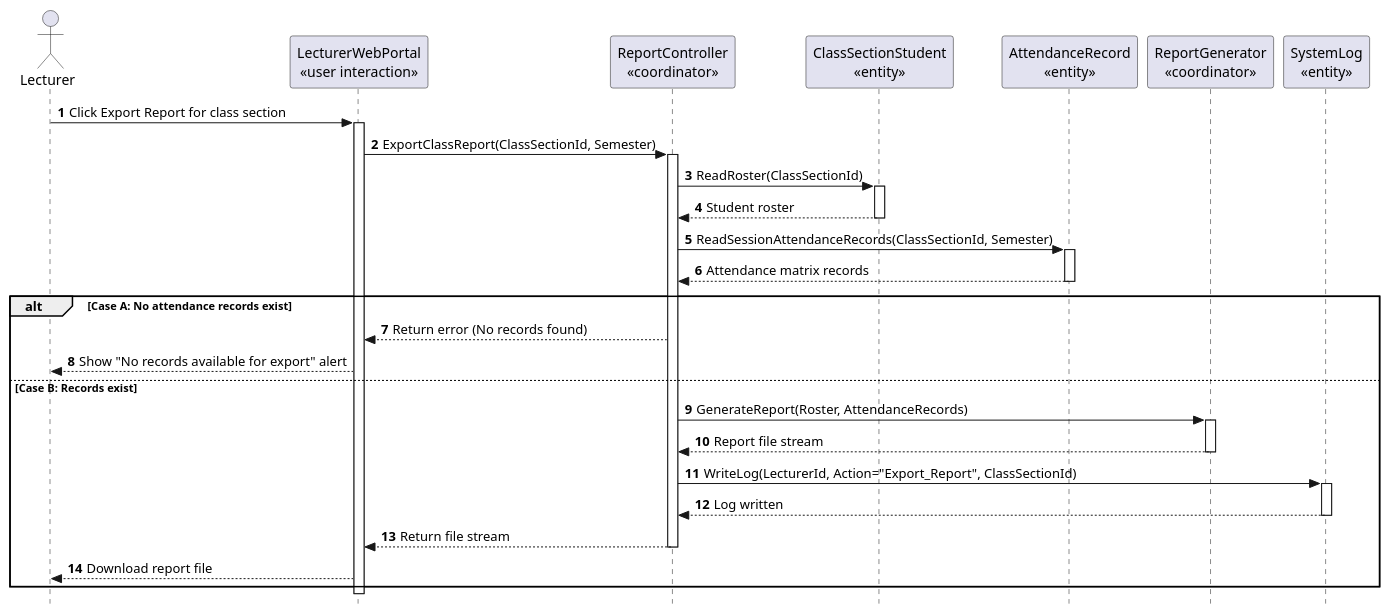
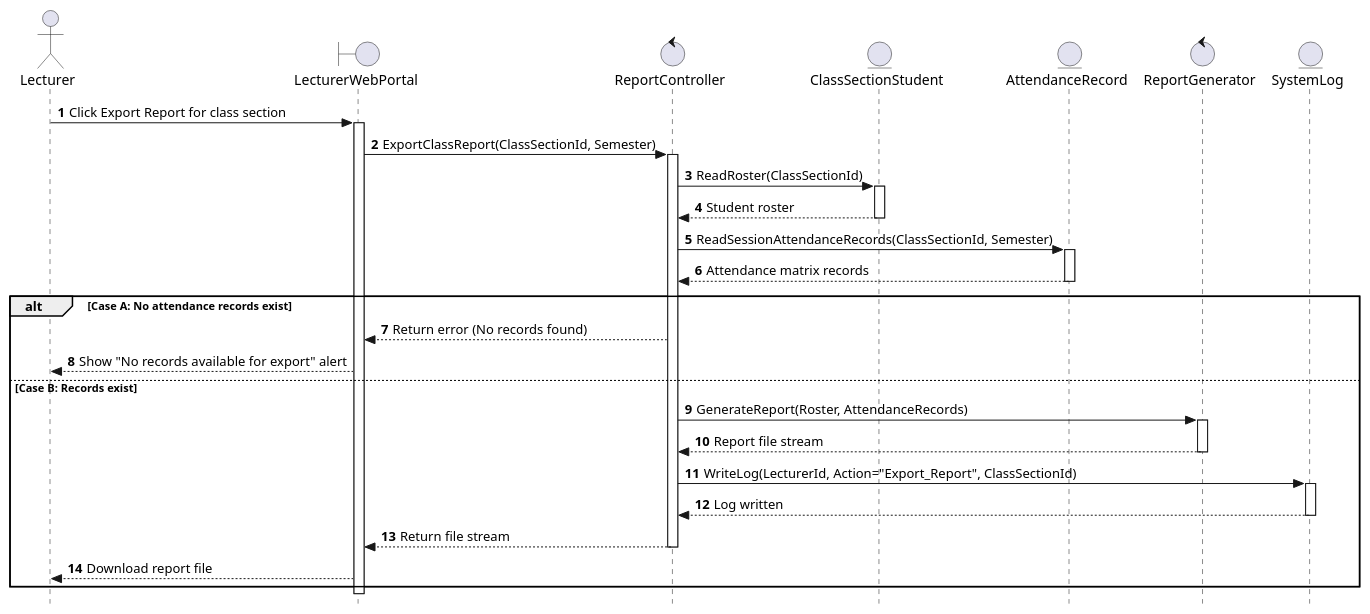
Before and after one commit to nttung42/SWD392: diagram 22 of 31 in MainDocs/AFAS_RDS_Document_Part1B_Analysis_models.md, drawn with PlantUML. The commit also changed other lines of this file, not shown here.

Commit message:
docs: refactor sequence diagrams to use strict UML/BCE and add message description tables

````diff
--- a/MainDocs/AFAS_RDS_Document_Part1B_Analysis_models.md
+++ b/MainDocs/AFAS_RDS_Document_Part1B_Analysis_models.md
@@ -1069,45 +1263,45 @@
 ```plantuml
 @startuml
+skinparam style strictuml
 autonumber
-skinparam style strictuml
 
 actor GV as "Lecturer"
-participant LWP as "LecturerWebPortal\n«user interaction»"
-participant RC as "ReportController\n«coordinator»"
-participant CSS as "ClassSectionStudent\n«entity»"
-participant AR as "AttendanceRecord\n«entity»"
-participant REP as "ReportGenerator\n«coordinator»"
-participant SL as "SystemLog\n«entity»"
+boundary LWP as "LecturerWebPortal"
+control RC as "ReportController"
+entity CSS as "ClassSectionStudent"
+entity AR as "AttendanceRecord"
+control REP as "ReportGenerator"
+entity SL as "SystemLog"
 
 GV -> LWP: Click Export Report for class section
 activate LWP
 LWP -> RC: ExportClassReport(ClassSectionId, Semester)
 activate RC
 RC -> CSS: ReadRoster(ClassSectionId)
 activate CSS
 CSS --> RC: Student roster
 deactivate CSS
 RC -> AR: ReadSessionAttendanceRecords(ClassSectionId, Semester)
 activate AR
 AR --> RC: Attendance matrix records
 deactivate AR
 
 alt Case A: No attendance records exist
     RC --> LWP: Return error (No records found)
     LWP --> GV: Show "No records available for export" alert
 else Case B: Records exist
     RC -> REP: GenerateReport(Roster, AttendanceRecords)
     activate REP
     REP --> RC: Report file stream
     deactivate REP
     RC -> SL: WriteLog(LecturerId, Action="Export_Report", ClassSectionId)
     activate SL
     SL --> RC: Log written
     deactivate SL
     RC --> LWP: Return file stream
     deactivate RC
     LWP --> GV: Download report file
 end
 deactivate LWP
 @enduml
 ```
````
